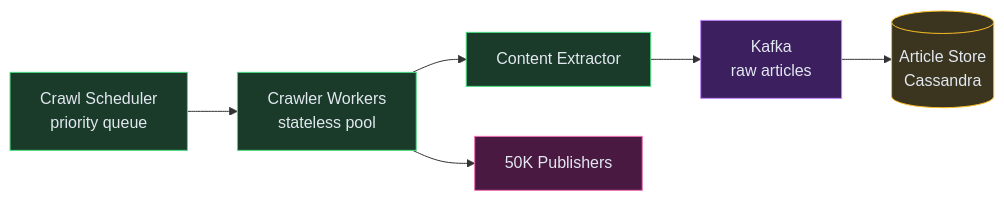
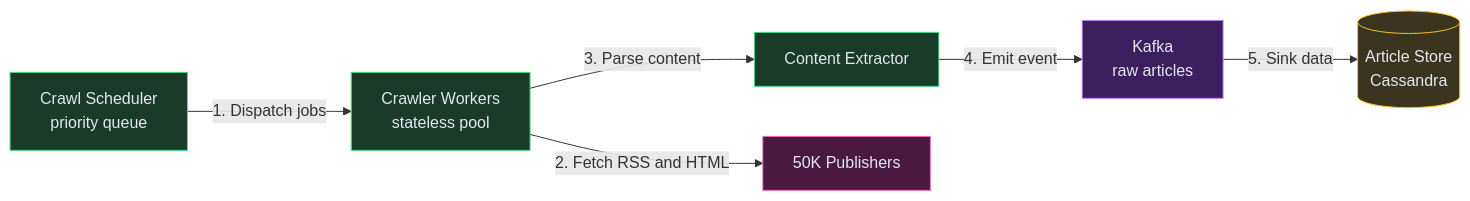
The second of 7 diagrams in content/hld/NewsAggregator.md (iluzn/HLD-Designs), drawn with Mermaid before and after one commit. The commit also changed other lines of this file and 27 other files, not shown here.

````diff
--- a/content/hld/NewsAggregator.md
+++ b/content/hld/NewsAggregator.md
@@ -155,21 +155,21 @@
 ```mermaid
 flowchart LR
     SCHED["Crawl Scheduler<br/>priority queue"]:::service
     WORKERS["Crawler Workers<br/>stateless pool"]:::service
     EXTRACT["Content Extractor"]:::service
     KF["Kafka<br/>raw articles"]:::async
     STORE[("Article Store<br/>Cassandra")]:::data
     SOURCES["50K Publishers"]:::external
 
-    SCHED --> WORKERS
-    WORKERS --> SOURCES
-    WORKERS --> EXTRACT
-    EXTRACT --> KF
-    KF --> STORE
+    SCHED -->|"1. Dispatch jobs"| WORKERS
+    WORKERS -->|"2. Fetch RSS and HTML"| SOURCES
+    WORKERS -->|"3. Parse content"| EXTRACT
+    EXTRACT -->|"4. Emit event"| KF
+    KF -->|"5. Sink data"| STORE
 
     classDef client fill:#4c3a5e,stroke:#818cf8,color:#e2e8f0
     classDef service fill:#1a3a2a,stroke:#4ade80,color:#e2e8f0
     classDef data fill:#3b3520,stroke:#fbbf24,color:#e2e8f0
     classDef async fill:#3b1f5e,stroke:#c084fc,color:#e2e8f0
     classDef external fill:#4a1942,stroke:#f472b6,color:#e2e8f0
 ```
````
